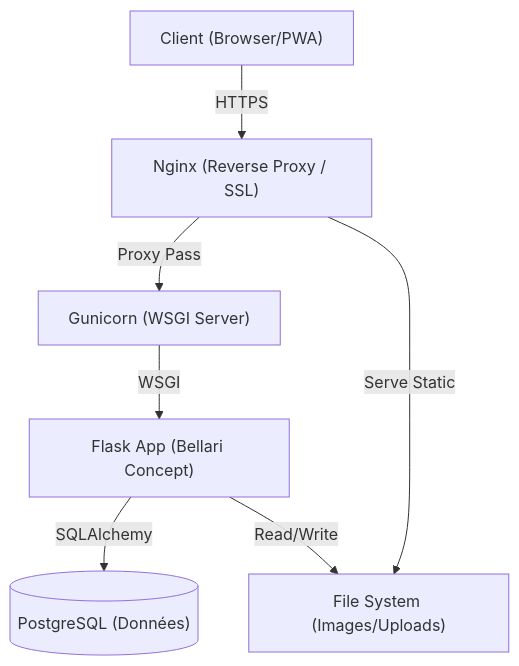
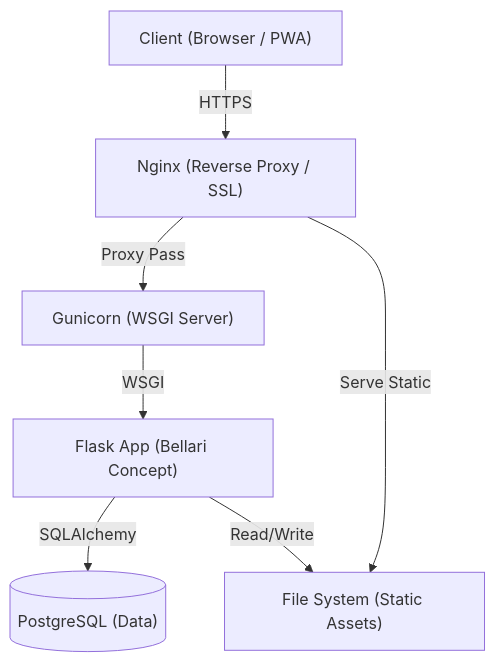
Before and after one commit to moa-digitalagency/BellariConcept: the diagram in README.md, drawn with Mermaid. The commit also changed other lines of this file and 16 other files, not shown here.

````diff
--- a/README.md
+++ b/README.md
@@ -24,16 +19,16 @@
 ```mermaid
 graph TD
-    User["Client (Browser/PWA)"]
+    Client["Client (Browser / PWA)"]
     Nginx["Nginx (Reverse Proxy / SSL)"]
     Gunicorn["Gunicorn (WSGI Server)"]
     Flask["Flask App (Bellari Concept)"]
-    DB[("PostgreSQL (Données)")]
-    FS["File System (Images/Uploads)"]
+    DB[("PostgreSQL (Data)")]
+    FS["File System (Static Assets)"]
 
-    User -->|HTTPS| Nginx
+    Client -->|HTTPS| Nginx
     Nginx -->|Proxy Pass| Gunicorn
     Nginx -->|Serve Static| FS
     Gunicorn -->|WSGI| Flask
     Flask -->|SQLAlchemy| DB
     Flask -->|Read/Write| FS
 ```
````
